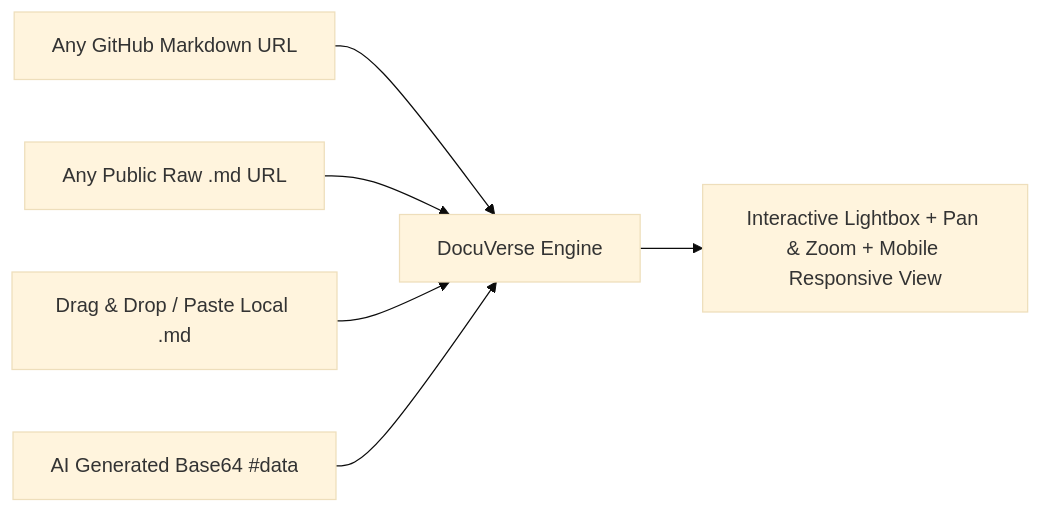
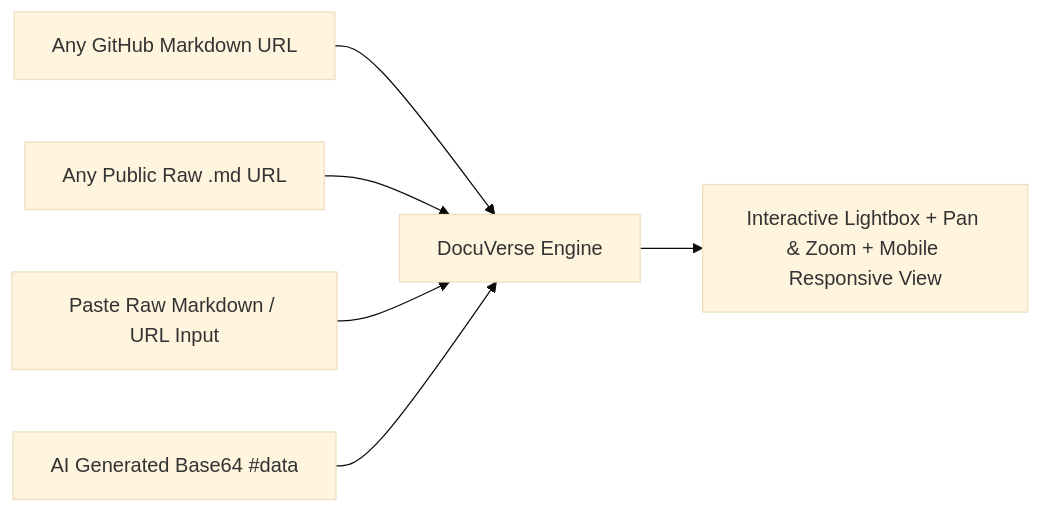
Before and after one commit to Fearlessversee/DocuVerse: the diagram in README.md, drawn with Mermaid (base theme). The commit also changed other lines of this file and 5 other files, not shown here.

````diff
--- a/README.md
+++ b/README.md
@@ -38,8 +38,8 @@
 ```mermaid
 flowchart LR
     GH[Any GitHub Markdown URL] --> DV[DocuVerse Engine]
     RAW[Any Public Raw .md URL] --> DV
-    DROP[Drag & Drop / Paste Local .md] --> DV
+    PASTE[Paste Raw Markdown / URL Input] --> DV
     AI[AI Generated Base64 #data] --> DV
     DV --> VIEW[Interactive Lightbox + Pan & Zoom + Mobile Responsive View]
 ```
````
